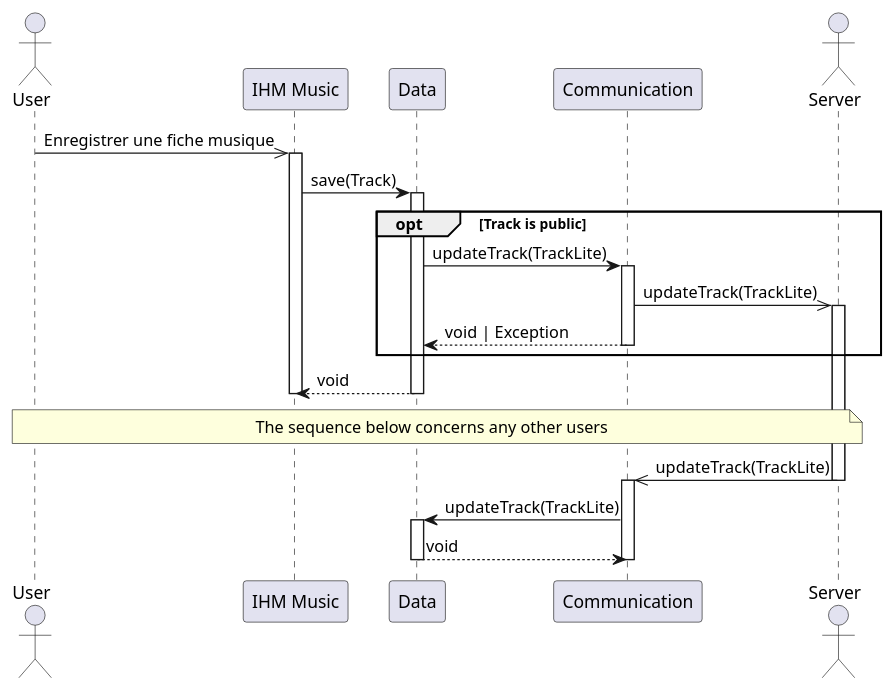
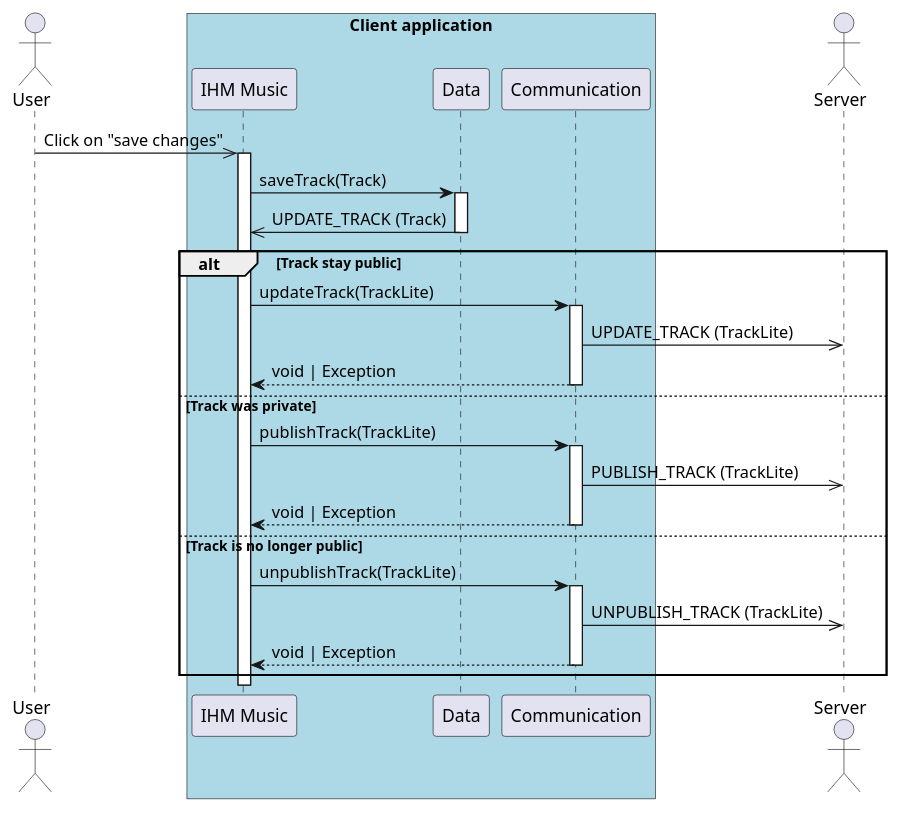
Before and after one commit to UTCAI12/Diagrams: the diagram in sequence/2.3.update_music_file_client.puml, drawn with PlantUML. The commit also changed 6 other files, not shown here.

```diff
--- a/sequence/2.3.update_music_file_client.puml
+++ b/sequence/2.3.update_music_file_client.puml
@@ -1,38 +1,30 @@
-@startuml Edit Track (client side)
+@startuml 2.3 User edit the music file information (client side)
 actor User
-participant "IHM Music" as IHM
-participant Data
-participant Communication
+box "Client application" #LightBlue
+    participant "IHM Music" as IHM
+    participant Data 
+    participant Communication
+end box
 actor Server
 
-User ->> IHM : Enregistrer une fiche musique
-activate IHM
+User ->> IHM++: Click on "save changes"
 
-IHM -> Data : save(Track)
-activate Data
+IHM -> Data++: saveTrack(Track)
+Data->>IHM: UPDATE_TRACK (Track)
+deactivate Data
 
-opt Track is public
-    Data -> Communication : updateTrack(TrackLite)
-    activate Communication
-    Communication ->> Server : updateTrack(TrackLite)
-    activate Server
-    Communication --> Data : void | Exception
-    deactivate Communication
+alt Track stay public
+    IHM -> Communication++: updateTrack(TrackLite)
+    Communication ->> Server : UPDATE_TRACK (TrackLite)
+    return void | Exception
+else Track was private
+    IHM -> Communication++: publishTrack(TrackLite)
+    Communication ->> Server : PUBLISH_TRACK (TrackLite)
+    return void | Exception
+else Track is no longer public 
+    IHM -> Communication++: unpublishTrack(TrackLite)
+    Communication ->> Server : UNPUBLISH_TRACK (TrackLite)
+    return void | Exception
 end
 
-Data --> IHM : void
-deactivate Data
-deactivate IHM
-
-
-note across: The sequence below concerns any other users
-Server ->> Communication : updateTrack(TrackLite)
-deactivate Server
-activate Communication
-Communication -> Data : updateTrack(TrackLite)
-activate Data
-Data --> Communication : void
-deactivate Data
-deactivate Communication
-
 @enduml
```
